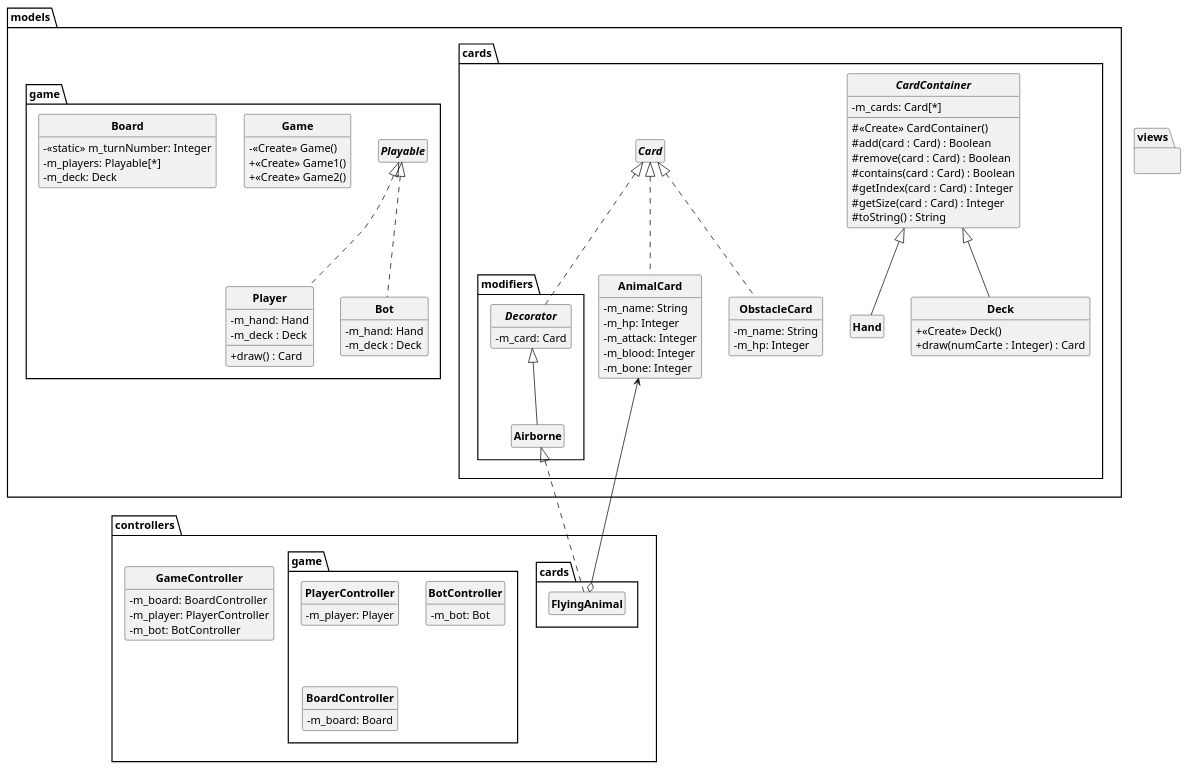
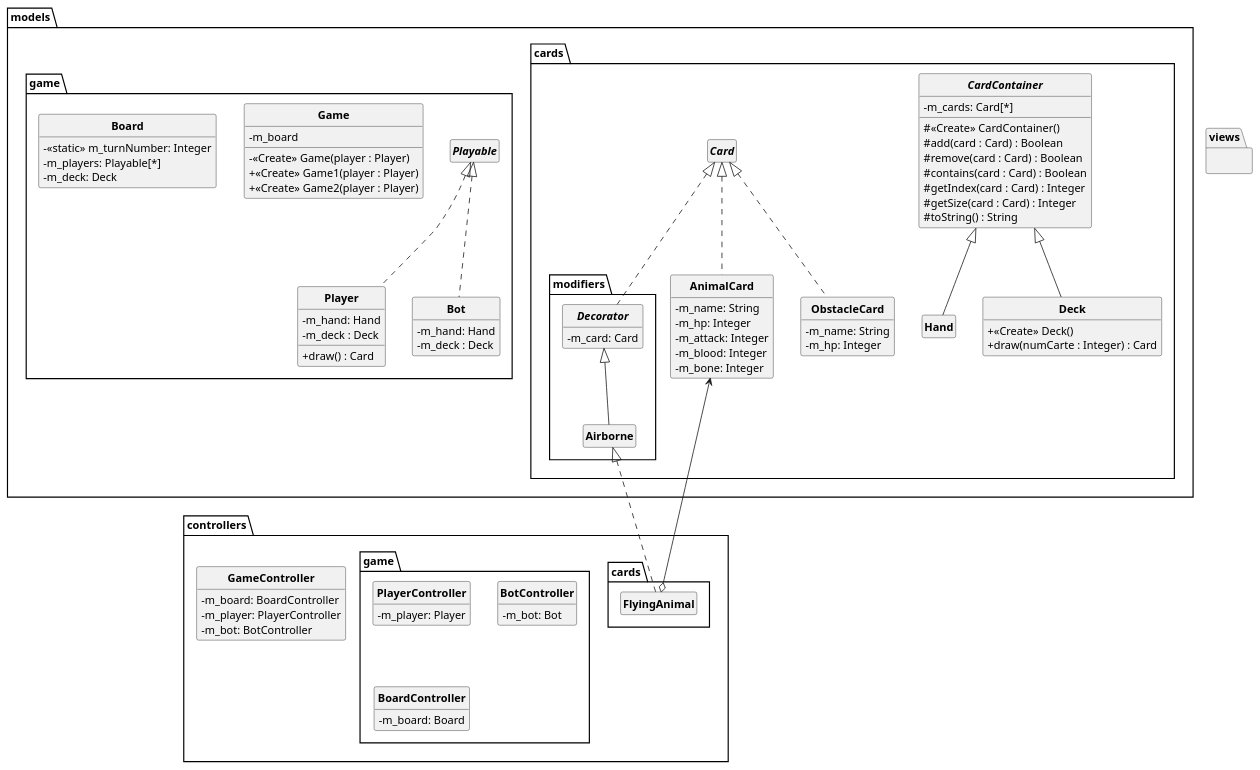
Before and after one commit to Guyomeuh/inscryption-tui: the diagram in uml/classes.puml, drawn with PlantUML. The commit also changed 1 other file, not shown here.

```diff
--- a/uml/classes.puml
+++ b/uml/classes.puml
@@ -1,120 +1,121 @@
 @startuml
 
 skinparam classAttributeIconSize 0
 skinparam classFontStyle Bold
 skinparam style strictuml
 hide empty members
 
 package models {
     package cards {
         abstract class CardContainer {
             - m_cards: Card[*]
             # <<Create>> CardContainer()
             # add(card : Card) : Boolean
             # remove(card : Card) : Boolean
             # contains(card : Card) : Boolean
             # getIndex(card : Card) : Integer
             # getSize(card : Card) : Integer
             # toString() : String
         }
 
         class Deck extends CardContainer {
             + <<Create>> Deck()
             + draw(numCarte : Integer) : Card
 
         }
 
         class Hand extends CardContainer {
         }
 
         Interface Card {
 
         }
 
         class AnimalCard implements Card {
             - m_name: String
             - m_hp: Integer
             - m_attack: Integer
             - m_blood: Integer
             - m_bone: Integer
         }
 
         class ObstacleCard implements Card {
             - m_name: String
             - m_hp: Integer
         }
 
         package modifiers {
             abstract class Decorator implements models.cards.Card {
                 - m_card: Card
             } 
 
             class Airborne extends Decorator {
 
             }
         }
     }
 
     package game {
         interface Playable {
         }
 
         class Game
         {
-            -<<Create>> Game()
-            +<<Create>> Game1()
-            +<<Create>> Game2()
+            - m_board
+            - <<Create>> Game(player : Player)
+            + <<Create>> Game1(player : Player)
+            + <<Create>> Game2(player : Player)
         }
 
         class Player implements Playable {
             - m_hand: Hand
             - m_deck : Deck
             + draw() : Card
         }
 
         class Bot implements Playable {
             - m_hand: Hand
             - m_deck : Deck
         }
 
         class Board {
             - <<static>> m_turnNumber: Integer
             - m_players: Playable[*]
             - m_deck: Deck
         }
     }
 }
 
 package views {
 }
 
 package controllers {
     package cards {
         class FlyingAnimal implements models.cards.modifiers.Airborne {
         }
 
         FlyingAnimal o-U-> models.cards.AnimalCard
     }
 
     package game {
         class PlayerController {
             - m_player: Player
         }
 
         class BotController {
             - m_bot: Bot 
         }
 
         class BoardController {
             - m_board: Board
         }
     }
 
     class GameController {
         - m_board: BoardController 
         - m_player: PlayerController
         - m_bot: BotController 
     }
 }
 
 @enduml
```
